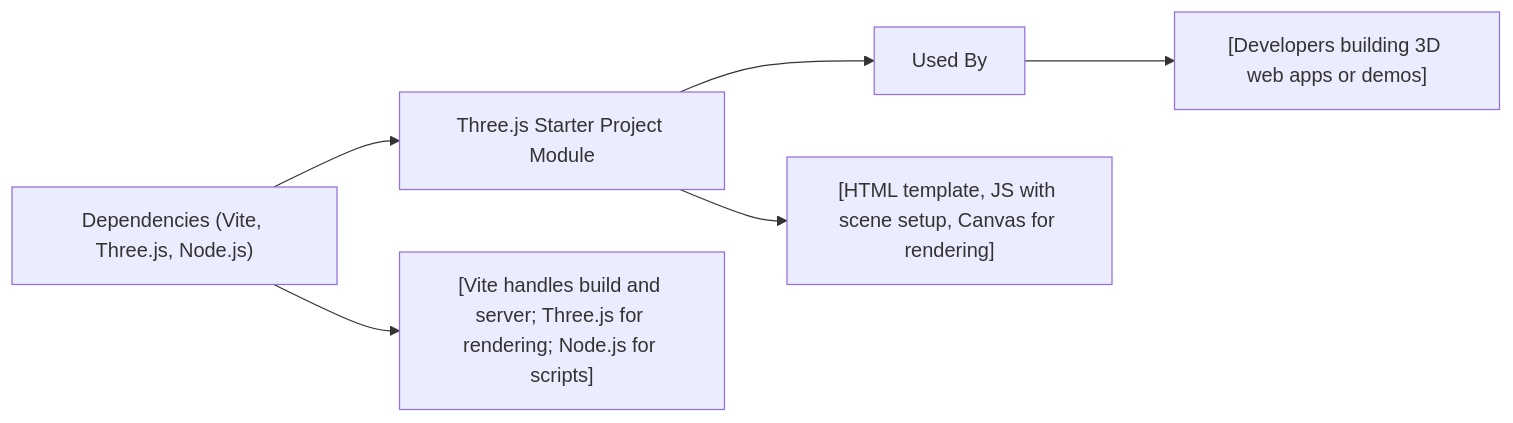
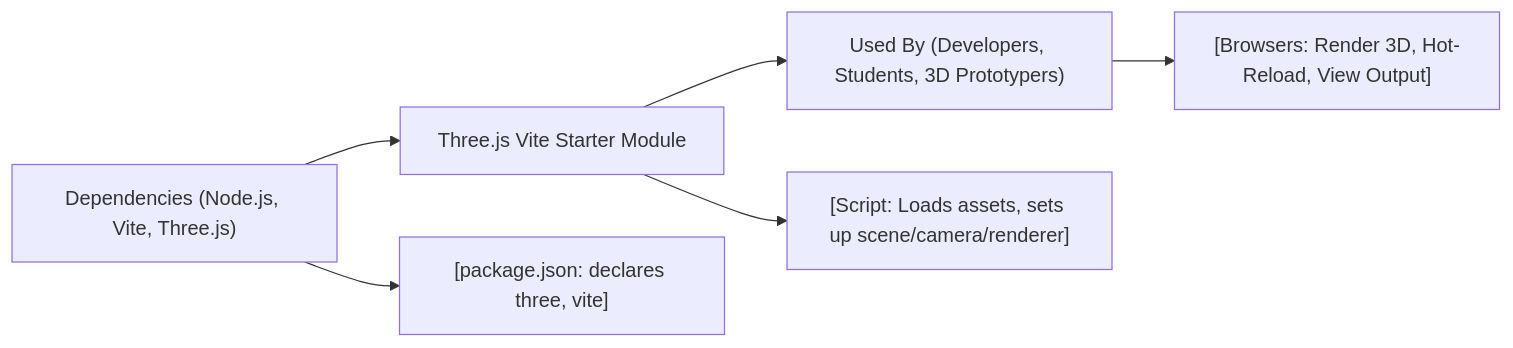
One commit to NicoooM/three-js-test changed the diagram in .shelfya/starter/getting-started.md. Above: the diagram before and after it, drawn with Mermaid. The commit also changed other lines of this file and 15 other files, not shown here.

````diff
--- a/.shelfya/starter/getting-started.md
+++ b/.shelfya/starter/getting-started.md
@@ -62,7 +56,7 @@
 ```mermaid
 flowchart LR
-  dependencies["Dependencies (Vite, Three.js, Node.js)"] --> thisModule["Three.js Starter Project Module"] --> usedBy["Used By"]
-  dependencies --> details["[Vite handles build and server; Three.js for rendering; Node.js for scripts]"]
-  thisModule --> process["[HTML template, JS with scene setup, Canvas for rendering]"] 
-  usedBy --> consumers["[Developers building 3D web apps or demos]"]
+  dependencies["Dependencies (Node.js, Vite, Three.js)"] --> thisModule["Three.js Vite Starter Module"] --> usedBy["Used By (Developers, Students, 3D Prototypers)"]
+  dependencies --> details["[package.json: declares three, vite]"]
+  thisModule --> process["[Script: Loads assets, sets up scene/camera/renderer]"]
+  usedBy --> consumers["[Browsers: Render 3D, Hot-Reload, View Output]"]
 ```
````
